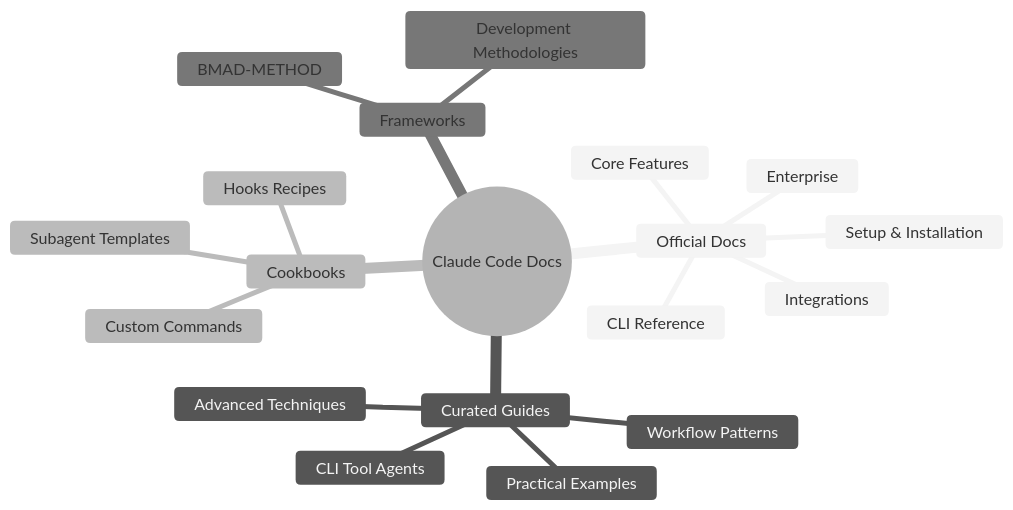
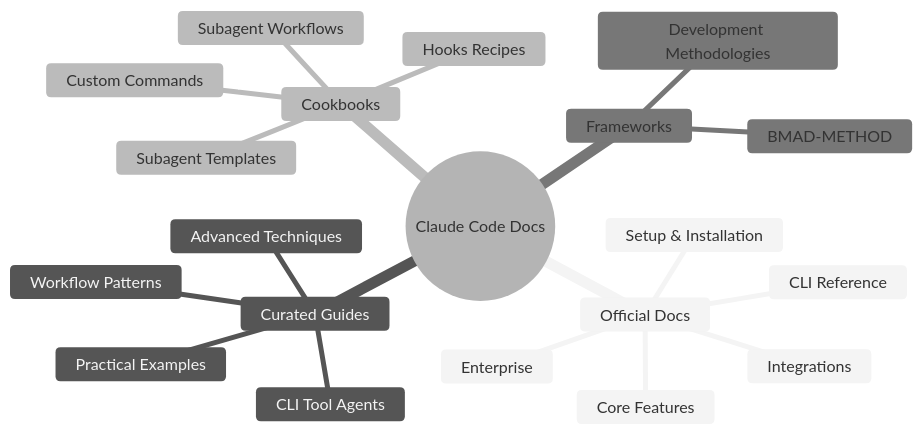
Before and after one commit to kareddy-dev/explore: the first of 2 diagrams in tools/claude-code/README.md, drawn with Mermaid (neutral theme). The commit also changed other lines of this file and 3 other files, not shown here.

First line of the commit message:
Enhance documentation for Subagent Workflows and Design & UX Agents

````diff
--- a/tools/claude-code/README.md
+++ b/tools/claude-code/README.md
@@ -18,22 +18,23 @@
 ```mermaid
 mindmap
   root((Claude Code Docs))
     Official Docs
       Setup & Installation
       CLI Reference
       Core Features
       Enterprise
       Integrations
     Curated Guides
       Practical Examples
       Workflow Patterns
       CLI Tool Agents
       Advanced Techniques
     Cookbooks
       Hooks Recipes
       Custom Commands
       Subagent Templates
+      Subagent Workflows
     Frameworks
       BMAD-METHOD
       Development Methodologies
 ```
````
